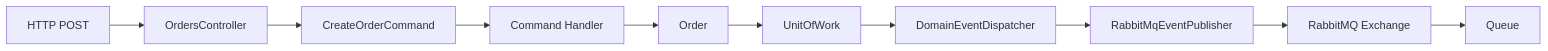
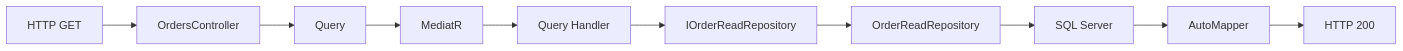
Before and after one commit to MarcosMj2rs/OrderFlow: the fourth of 9 diagrams in docs/diagrams/Arquitetura-Geral.md, drawn with Mermaid. The commit also changed other lines of this file, not shown here.

Commit message:
docs(architecture): restructure architecture guide and update messaging diagrams

````diff
--- a/docs/diagrams/Arquitetura-Geral.md
+++ b/docs/diagrams/Arquitetura-Geral.md
@@ -365,14 +135,14 @@
 ```mermaid
 flowchart LR
 
-A[HTTP POST]
+A[HTTP GET]
 --> B[OrdersController]
---> C[CreateOrderCommand]
---> D[Command Handler]
---> E[Order]
---> F[UnitOfWork]
---> G[DomainEventDispatcher]
---> H[RabbitMqEventPublisher]
---> I[RabbitMQ Exchange]
---> J[Queue]
+--> C[Query]
+--> D[MediatR]
+--> E[Query Handler]
+--> F[IOrderReadRepository]
+--> G[OrderReadRepository]
+--> H[SQL Server]
+--> I[AutoMapper]
+--> J[HTTP 200]
 ```
````
